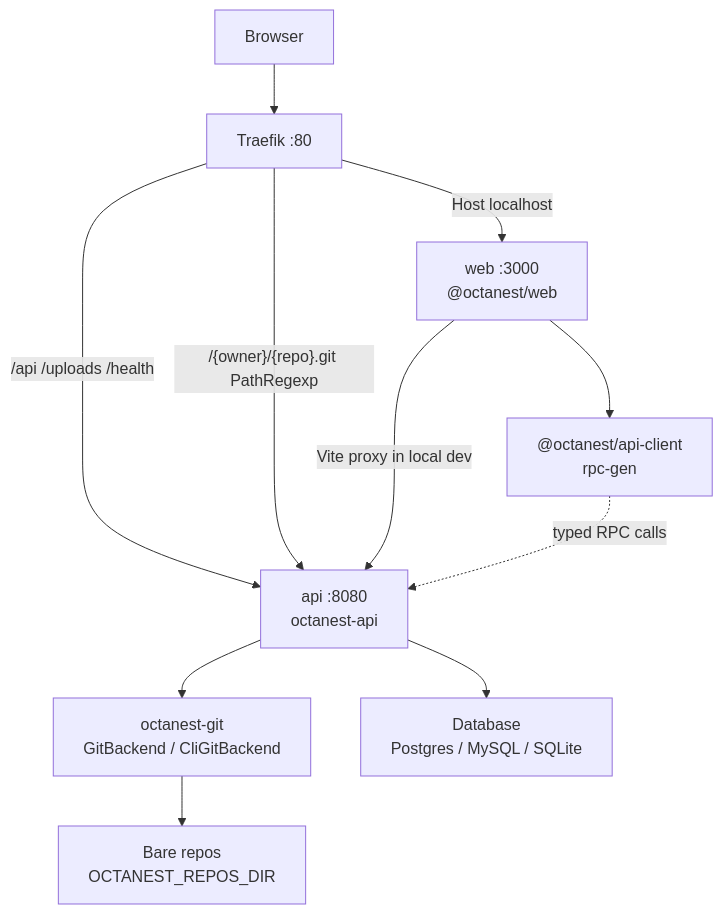
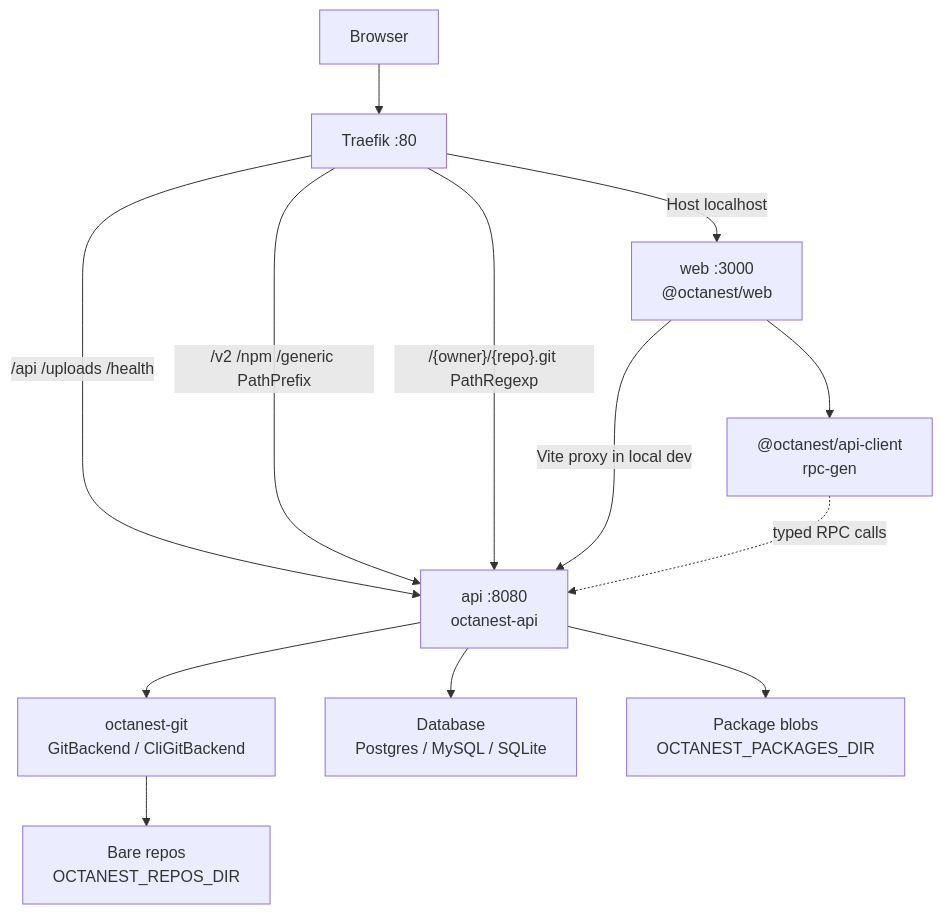
The diagram in docs/ARCHITECTURE.md (Octanest-Git/Octanest), drawn with Mermaid before and after one commit. The commit also changed other lines of this file and 4 other files, not shown here.

````diff
--- a/docs/ARCHITECTURE.md
+++ b/docs/ARCHITECTURE.md
@@ -10,22 +10,24 @@
 ```mermaid
 graph TD
   Browser["Browser"]
   Traefik["Traefik :80"]
   Web["web :3000<br/>@octanest/web"]
   Api["api :8080<br/>octanest-api"]
   Git["octanest-git<br/>GitBackend / CliGitBackend"]
   Repos["Bare repos<br/>OCTANEST_REPOS_DIR"]
   Db["Database<br/>Postgres / MySQL / SQLite"]
   Client["@octanest/api-client<br/>rpc-gen"]
 
   Browser --> Traefik
   Traefik -->|"Host localhost"| Web
   Traefik -->|"/api /uploads /health"| Api
+  Traefik -->|"/v2 /npm /generic PathPrefix"| Api
   Traefik -->|"/{owner}/{repo}.git PathRegexp"| Api
   Web -->|"Vite proxy in local dev"| Api
   Client -.->|"typed RPC calls"| Api
   Web --> Client
   Api --> Db
   Api --> Git
   Git --> Repos
+  Api --> Packages["Package blobs<br/>OCTANEST_PACKAGES_DIR"]
 ```
````
